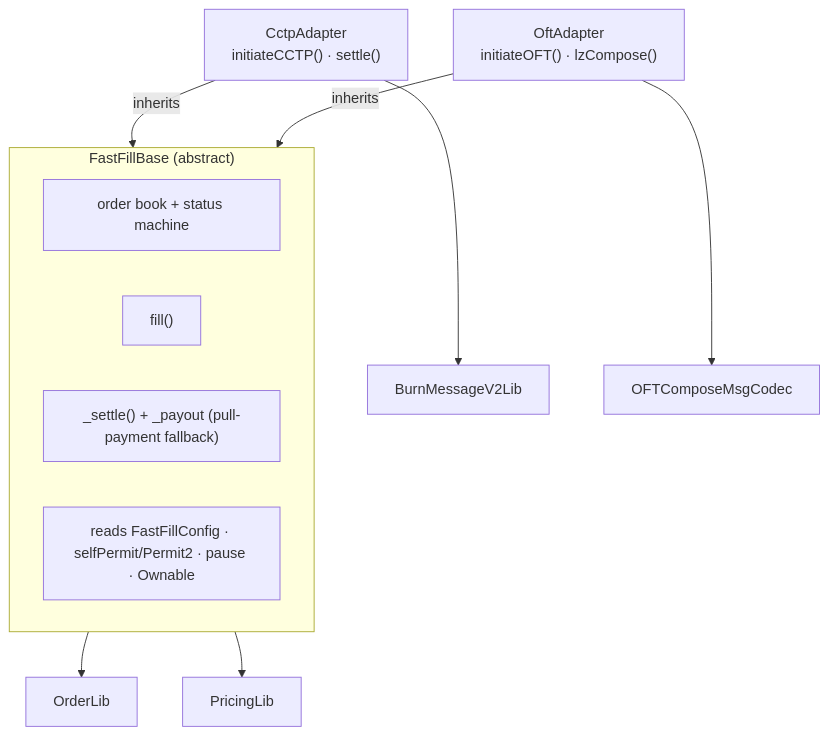
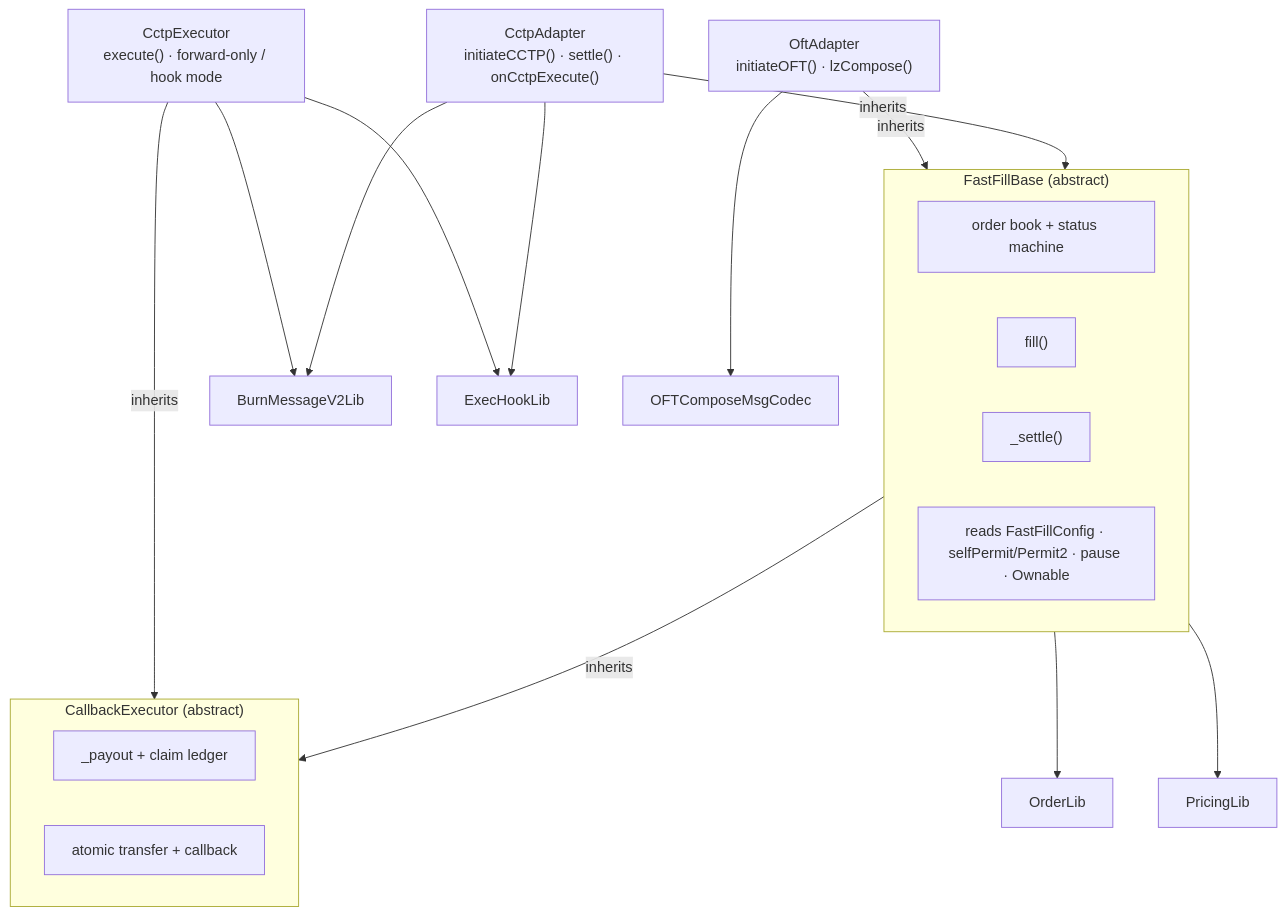
Before and after one commit to KaiCode2/fast-fill: the third of 3 diagrams in README.md, drawn with Mermaid. The commit also changed other lines of this file and 36 other files, not shown here.

Commit message:
feat: add CCTP executor mint relay

````diff
--- a/README.md
+++ b/README.md
@@ -65,17 +71,27 @@
 ```mermaid
 flowchart TB
     subgraph BASE["FastFillBase (abstract)"]
         OB["order book + status machine"]
         FILL["fill()"]
-        SET["_settle() + _payout (pull-payment fallback)"]
+        SET["_settle()"]
         REG["reads FastFillConfig · selfPermit/Permit2 · pause · Ownable"]
     end
-    CA["CctpAdapter<br/>initiateCCTP() · settle()"]
+    subgraph CB["CallbackExecutor (abstract)"]
+        PAY["_payout + claim ledger"]
+        HOOK["atomic transfer + callback"]
+    end
+    CA["CctpAdapter<br/>initiateCCTP() · settle() · onCctpExecute()"]
+    CE["CctpExecutor<br/>execute() · forward-only / hook mode"]
     OA["OftAdapter<br/>initiateOFT() · lzCompose()"]
     CA -- inherits --> BASE
     OA -- inherits --> BASE
+    BASE -- inherits --> CB
+    CE -- inherits --> CB
     BASE --> OL["OrderLib"]
     BASE --> PL["PricingLib"]
     CA --> BL["BurnMessageV2Lib"]
+    CA --> EL["ExecHookLib"]
+    CE --> BL
+    CE --> EL
     OA --> CC["OFTComposeMsgCodec"]
 ```
````
